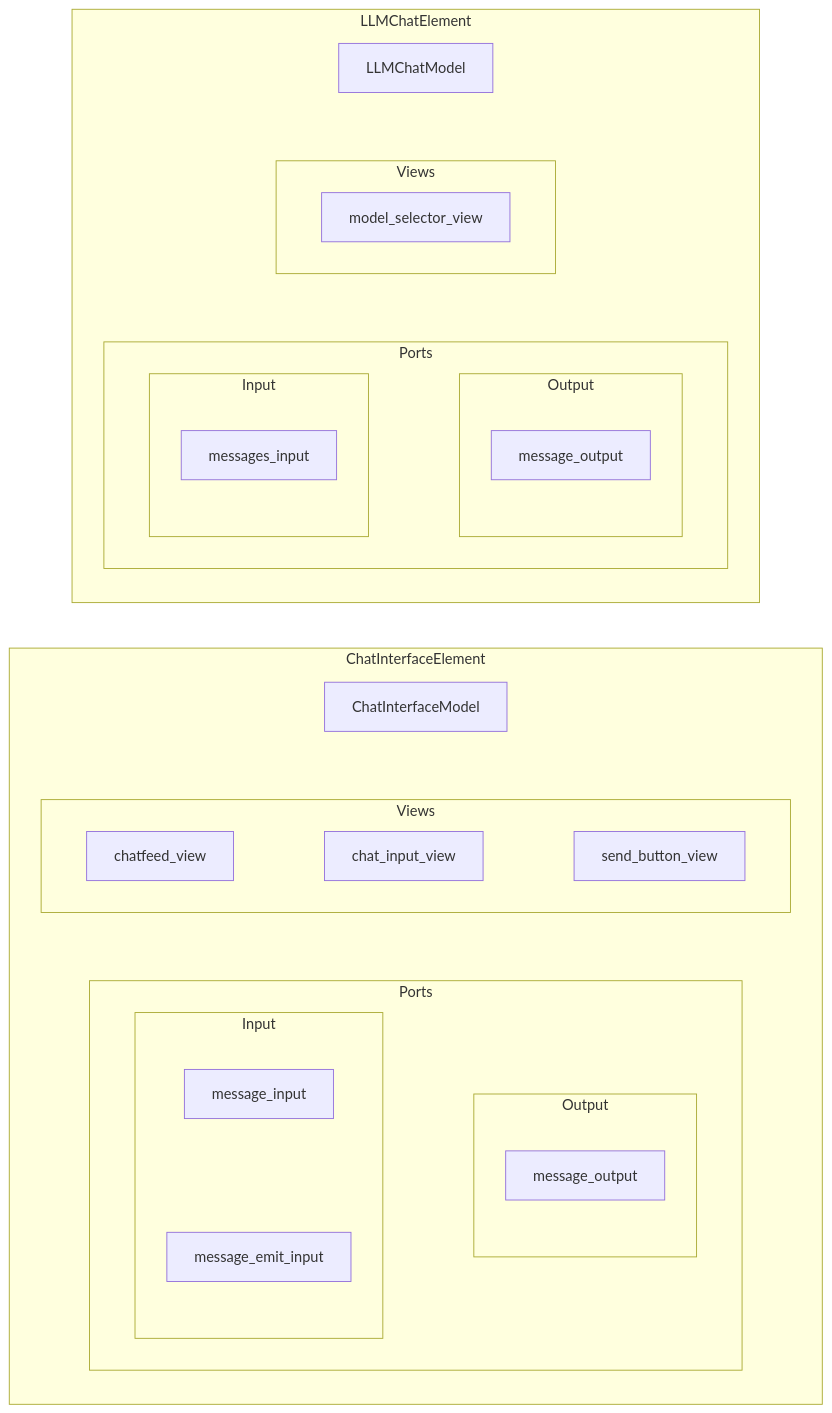
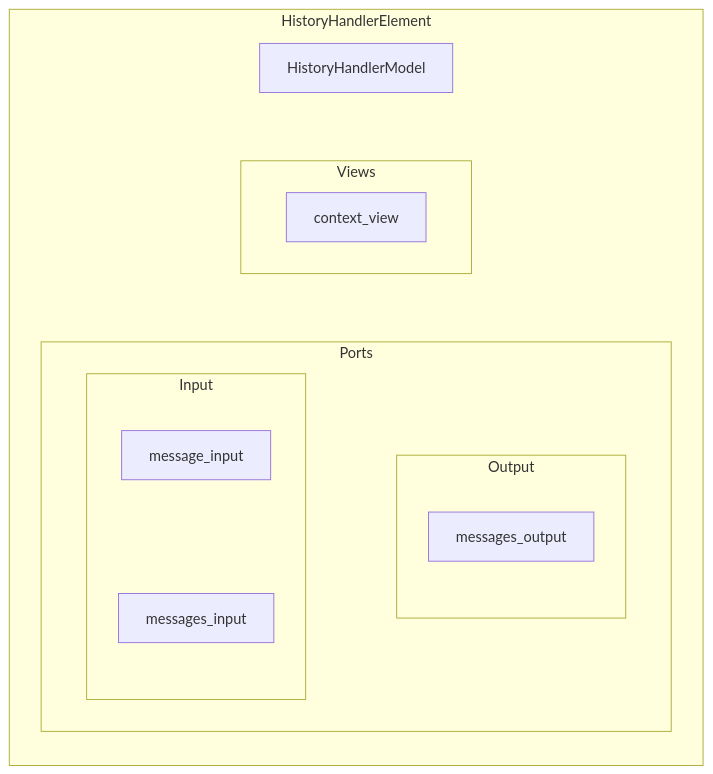
One commit to Prudent-Patterns/pyllments changed the diagram in docs/misc/mermaid_renders.qmd. Above: the diagram before and after it, drawn with Mermaid. The commit also changed other lines of this file and 13 other files, not shown here.

Commit message:
Documentation progress + minor views changes in chat interface, history handler, and llm chat

````diff
--- a/docs/misc/mermaid_renders.qmd
+++ b/docs/misc/mermaid_renders.qmd
@@ -15,47 +15,68 @@
 ```{mermaid}
-flowchart LR
-subgraph chat_interface_el [ChatInterfaceElement]
+flowchart TB
+%% subgraph chat_interface_el [ChatInterfaceElement]
+%%   direction TB
+%%   chat_interface_model[ChatInterfaceModel]:::Model
+%%   subgraph chat_interface_el_views [Views]
+%%     direction LR
+%%     chatfeed_view:::View ~~~ chat_input_view:::View ~~~ send_button_view:::View
+%%   end
+%%   subgraph chat_interface_el_Ports [Ports]
+%%       direction LR
+%%       subgraph chat_interface_el_input [Input]
+%%           direction TB
+%%           message_input:::InputPort ~~~ message_emit_input:::InputPort
+%%       end
+%%       subgraph chat_interface_el_output [Output]
+%%           direction TB
+%%           message_output:::OutputPort
+%%       end
+%%       chat_interface_el_input ~~~ chat_interface_el_output
+%%   end
+%%   chat_interface_model ~~~ chat_interface_el_views ~~~ chat_interface_el_Ports
+%% end
+
+%% subgraph llm_chat_el [LLMChatElement]
+%%   direction TB
+%%   llm_chat_model[LLMChatModel]:::Model
+%%   subgraph llm_Views [Views]
+%%     direction LR
+%%     model_selector_view:::View
+%%   end
+%%   subgraph llm_Ports [Ports]
+%%       direction LR
+%%       subgraph llm_chat_input [Input]
+%%           direction TB
+%%           messages_input:::InputPort
+%%       end
+%%       subgraph llm_chat_output [Output]
+%%           direction TB
+%%           llm_message_output[message_output]:::OutputPort
+%%       end
+%%       llm_chat_input ~~~ llm_chat_output
+%%   end
+%%   llm_chat_model ~~~ llm_Views ~~~ llm_Ports
+%% end
+
+subgraph history_handler_el [HistoryHandlerElement]
   direction TB
-  chat_interface_model[ChatInterfaceModel]:::Model
-  subgraph chat_interface_el_views [Views]
+  history_handler_model[HistoryHandlerModel]:::Model
+  subgraph history_handler_el_views [Views]
     direction LR
-    chatfeed_view:::View ~~~ chat_input_view:::View ~~~ send_button_view:::View
+    context_view:::View
   end
-  subgraph chat_interface_el_Ports [Ports]
+  subgraph history_handler_el_Ports [Ports]
       direction LR
-      subgraph chat_interface_el_input [Input]
+      subgraph history_handler_el_input [Input]
           direction TB
-          message_input:::InputPort ~~~ message_emit_input:::InputPort
+          message_input:::InputPort ~~~ messages_input:::InputPort
       end
-      subgraph chat_interface_el_output [Output]
+      subgraph history_handler_el_output [Output]
           direction TB
-          message_output:::OutputPort
+          messages_output:::OutputPort
       end
-      chat_interface_el_input ~~~ chat_interface_el_output
+      history_handler_el_input ~~~ history_handler_el_output
   end
-  chat_interface_model ~~~ chat_interface_el_views ~~~ chat_interface_el_Ports
+  history_handler_model ~~~ history_handler_el_views ~~~ history_handler_el_Ports
 end
-
-subgraph llm_chat_el [LLMChatElement]
-  direction TB
-  llm_chat_model[LLMChatModel]:::Model
-  subgraph llm_Views [Views]
-    direction LR
-    model_selector_view:::View
-  end
-  subgraph llm_Ports [Ports]
-      direction LR
-      subgraph llm_chat_input [Input]
-          direction TB
-          messages_input:::InputPort
-      end
-      subgraph llm_chat_output [Output]
-          direction TB
-          llm_message_output[message_output]:::OutputPort
-      end
-      llm_chat_input ~~~ llm_chat_output
-  end
-  llm_chat_model ~~~ llm_Views ~~~ llm_Ports
-end
-
 ```
````
